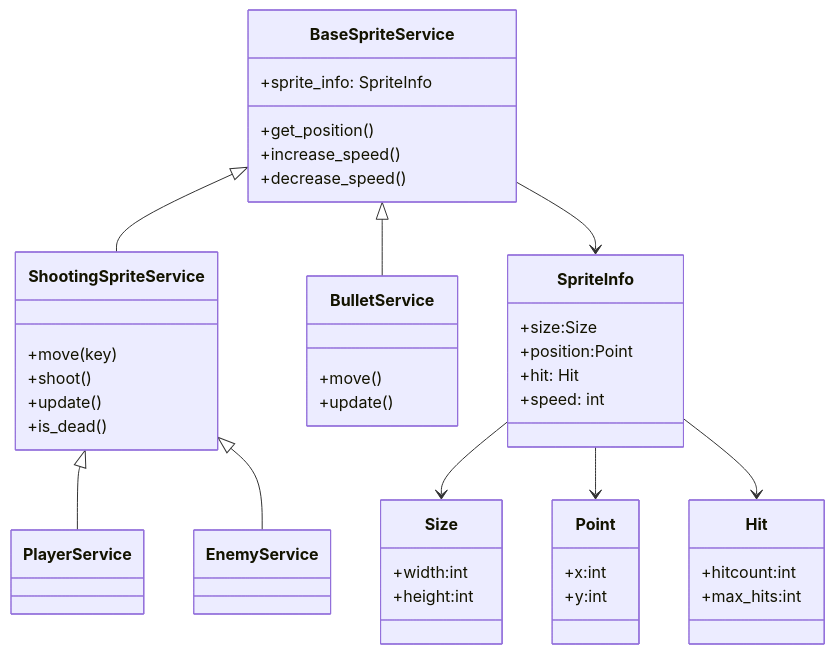
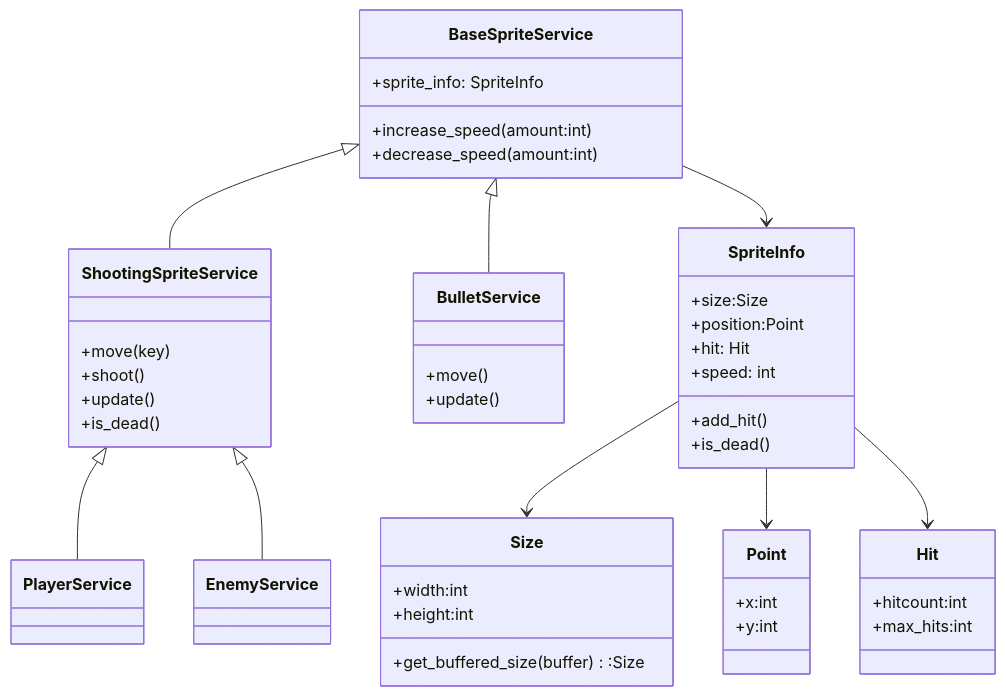
One commit to Tapir79/ot-harjoitustyo changed the second of 8 diagrams in dokumentaatio/arkkitehtuuri.md. Above: the diagram before and after it, drawn with Mermaid.

Commit message:
Update architecture

````diff
--- a/dokumentaatio/arkkitehtuuri.md
+++ b/dokumentaatio/arkkitehtuuri.md
@@ -34,63 +34,65 @@
 ```mermaid
 classDiagram
     class BaseSpriteService {
         +sprite_info: SpriteInfo
-        +get_position()
-        +increase_speed()
-        +decrease_speed()
+        +increase_speed(amount:int)
+        +decrease_speed(amount:int)
     }
 
     class ShootingSpriteService {
         +move(key)
         +shoot()
         +update()
         +is_dead()
     }
 
     class PlayerService {
        
     }
 
     class EnemyService {
 
     }
 
     class BulletService {
         +move()
         +update()
     }
 
     class SpriteInfo{
         +size:Size
         +position:Point
         +hit: Hit
-        +speed: int     
+        +speed: int   
+        +add_hit()
+        +is_dead()  
     }
 
     class Size{
         +width:int
         +height:int
+        +get_buffered_size(buffer):Size
     }
 
     class  Point{
         +x:int
         +y:int
     }
 
     class  Hit{
         +hitcount:int
         +max_hits:int
     }
  
 
     BaseSpriteService <|-- ShootingSpriteService
     BaseSpriteService <|-- BulletService
 
     ShootingSpriteService <|-- PlayerService
     ShootingSpriteService <|-- EnemyService
 
     SpriteInfo --> Size
     SpriteInfo --> Point
     SpriteInfo --> Hit
     BaseSpriteService --> SpriteInfo
 ```
````
